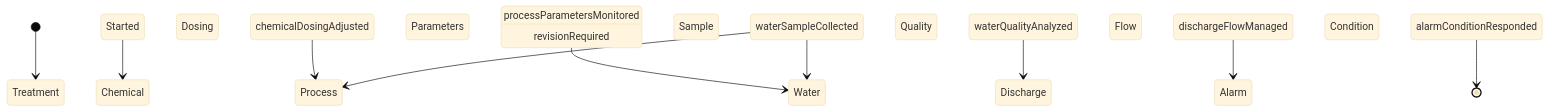
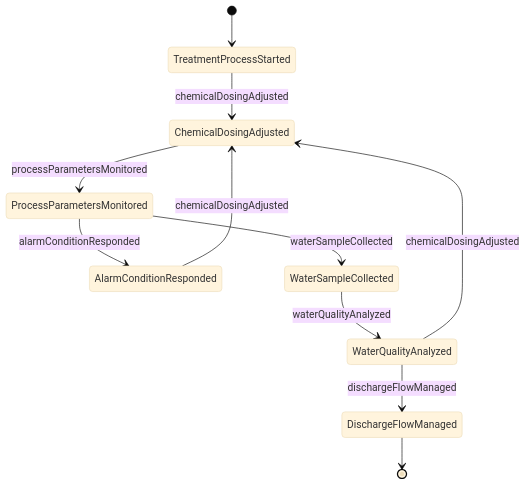
The second of 4 diagrams in ControllingMachinesAndProcesses/OperateIndustrialProcessingOrProductionEquipment/OperateChemicalProcessingWaterTreatment.mdx (dot-org-ai/tasks.org.ai), drawn with Mermaid (base theme) before and after one commit. The commit also changed other lines of this file and 515 other files, not shown here.

````diff
--- a/ControllingMachinesAndProcesses/OperateIndustrialProcessingOrProductionEquipment/OperateChemicalProcessingWaterTreatment.mdx
+++ b/ControllingMachinesAndProcesses/OperateIndustrialProcessingOrProductionEquipment/OperateChemicalProcessingWaterTreatment.mdx
@@ -101,12 +101,13 @@
 ```mermaid
 stateDiagram-v2
-    [*] --> Treatment Process Started
-    Treatment Process Started --> Chemical Dosing Adjusted : chemicalDosingAdjusted
-    Chemical Dosing Adjusted --> Process Parameters Monitored : processParametersMonitored
-    Process Parameters Monitored --> Water Sample Collected : waterSampleCollected
-    Water Sample Collected --> Water Quality Analyzed : waterQualityAnalyzed
-    Water Quality Analyzed --> Discharge Flow Managed : dischargeFlowManaged
-    Discharge Flow Managed --> Alarm Condition Responded : alarmConditionResponded
-    Water Sample Collected --> Process Parameters Monitored : revisionRequired
-    Alarm Condition Responded --> [*]
+    [*] --> TreatmentProcessStarted
+    TreatmentProcessStarted --> ChemicalDosingAdjusted : chemicalDosingAdjusted
+    ChemicalDosingAdjusted --> ProcessParametersMonitored : processParametersMonitored
+    ProcessParametersMonitored --> AlarmConditionResponded : alarmConditionResponded
+    AlarmConditionResponded --> ChemicalDosingAdjusted : chemicalDosingAdjusted
+    ProcessParametersMonitored --> WaterSampleCollected : waterSampleCollected
+    WaterSampleCollected --> WaterQualityAnalyzed : waterQualityAnalyzed
+    WaterQualityAnalyzed --> ChemicalDosingAdjusted : chemicalDosingAdjusted
+    WaterQualityAnalyzed --> DischargeFlowManaged : dischargeFlowManaged
+    DischargeFlowManaged --> [*]
 ```
````
